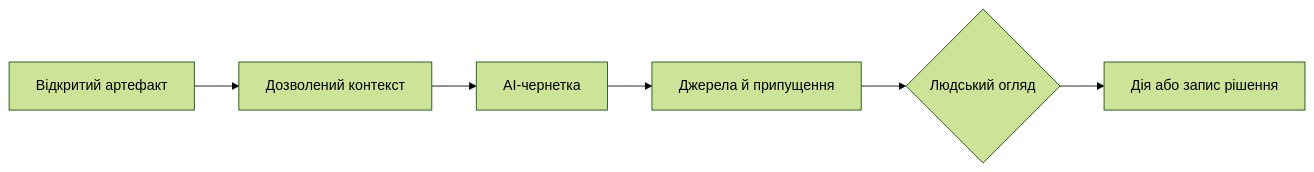
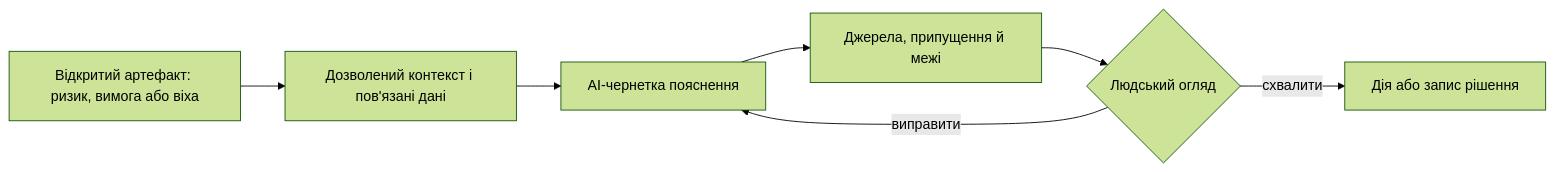
The diagram in Project_Management/Gen2/05-AI-та-PMO-UA.md (nick-fedchik/articles), drawn with Mermaid (forest theme) before and after one commit. The commit also changed other lines of this file and 8 other files, not shown here.

````diff
--- a/Project_Management/Gen2/05-AI-та-PMO-UA.md
+++ b/Project_Management/Gen2/05-AI-та-PMO-UA.md
@@ -11,8 +34,9 @@
 ```mermaid
 flowchart LR
-    A[Відкритий артефакт] --> C[Дозволений контекст]
-    C --> D[AI-чернетка]
-    D --> S[Джерела й припущення]
-    S --> H{Людський огляд}
-    H --> R[Дія або запис рішення]
+    A[Відкритий артефакт: ризик, вимога або віха] --> B[Дозволений контекст і пов'язані дані]
+    B --> C[AI-чернетка пояснення]
+    C --> D[Джерела, припущення й межі]
+    D --> E{Людський огляд}
+    E -->|схвалити| F[Дія або запис рішення]
+    E -->|виправити| C
 ```
````
